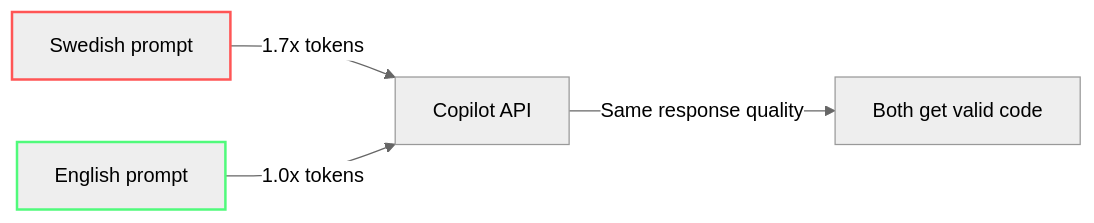
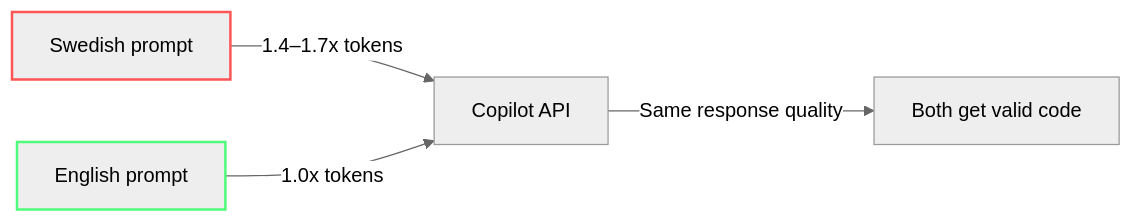
One commit to dandahprecio/vibe-on-budget changed the diagram in token-economy-course/src/content/docs/en/05-cheaper-prompts.mdx. Above: the diagram before and after it, drawn with Mermaid (neutral theme). The commit also changed other lines of this file and 17 other files, not shown here.

````diff
--- a/token-economy-course/src/content/docs/en/05-cheaper-prompts.mdx
+++ b/token-economy-course/src/content/docs/en/05-cheaper-prompts.mdx
@@ -168,9 +168,9 @@
 ```mermaid
 flowchart LR
-    A[Swedish prompt] -->|1.7x tokens| B[Copilot API]
+    A[Swedish prompt] -->|1.4–1.7x tokens| B[Copilot API]
     C[English prompt] -->|1.0x tokens| B
     B -->|Same response quality| D[Both get valid code]
     
     style A stroke:#ff5555,stroke-width:2px
     style C stroke:#50fa7b,stroke-width:2px
 ```
````
